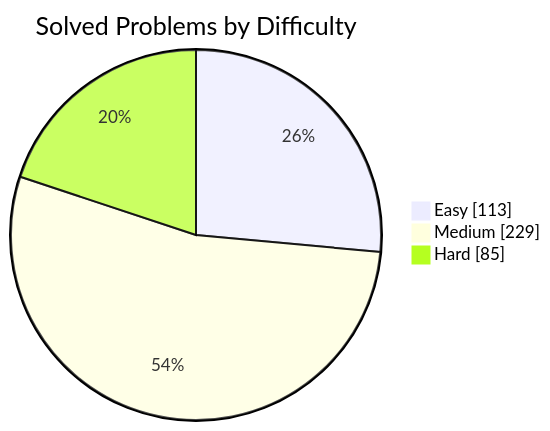
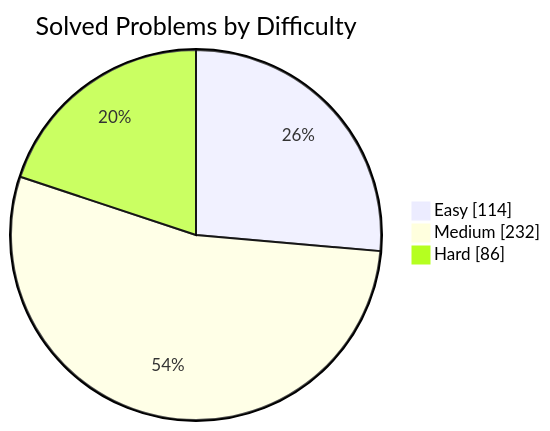
One commit to manikantbindass/DSA-Preparation-FAANG changed the first of 2 diagrams in README.md. Above: the diagram before and after it, drawn with Mermaid. The commit also changed other lines of this file and 1 other file, not shown here.

````diff
--- a/README.md
+++ b/README.md
@@ -77,7 +77,7 @@
 ```mermaid
 pie showData
     title Solved Problems by Difficulty
-    "Easy" : 113
-    "Medium" : 229
-    "Hard" : 85
+    "Easy" : 114
+    "Medium" : 232
+    "Hard" : 86
 ```
````
